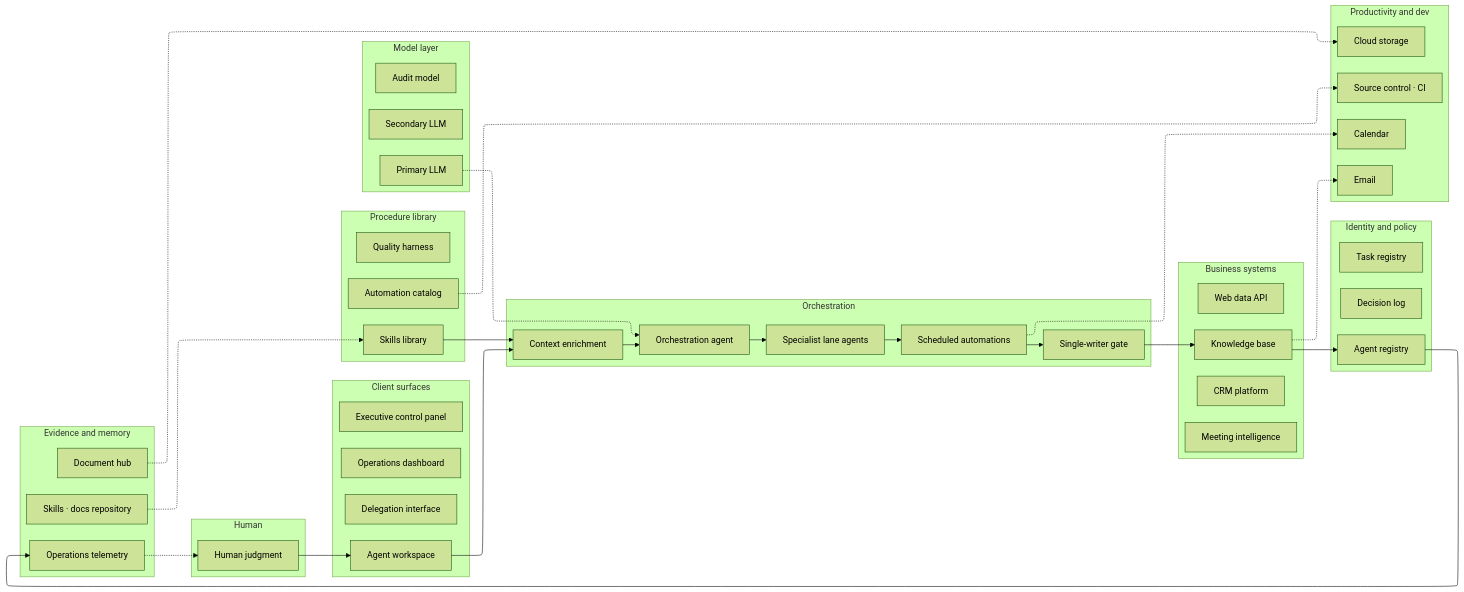
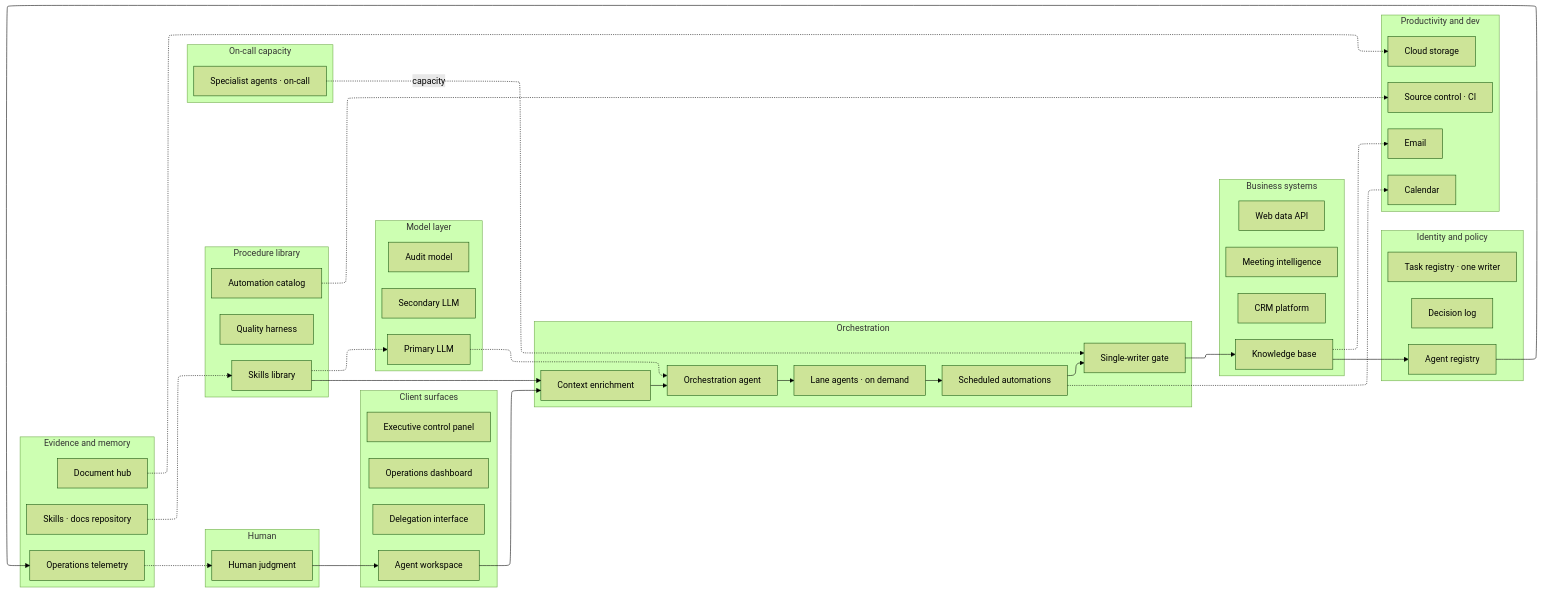
One commit to clintonpracher/operator-portfolio changed the diagram in docs/assets/diagrams/architecture-agent-control-plane-swimlanes.mmd. Above: the diagram before and after it, drawn with Mermaid (forest theme). The commit also changed 22 other files, not shown here.

```diff
--- a/docs/assets/diagrams/architecture-agent-control-plane-swimlanes.mmd
+++ b/docs/assets/diagrams/architecture-agent-control-plane-swimlanes.mmd
@@ -1,79 +1,86 @@
 %%{init: {"flowchart": {"defaultRenderer": "elk"}} }%%
 flowchart LR
   subgraph L1["Human"]
     H["Human judgment"]
   end
 
   subgraph L2["Client surfaces"]
     direction TB
     WS["Agent workspace"]
     DB["Operations dashboard"]
     EP["Executive control panel"]
     DI["Delegation interface"]
   end
 
   subgraph L3["Orchestration"]
     direction TB
     CTX["Context enrichment"]
     ORCH["Orchestration agent"]
-    LANES["Specialist lane agents"]
+    LANES["Lane agents · on demand"]
     SCHED["Scheduled automations"]
     SWG["Single-writer gate"]
   end
 
   subgraph L4["Business systems"]
     direction TB
     KB["Knowledge base"]
     CRM["CRM platform"]
     WEB["Web data API"]
     MTG["Meeting intelligence"]
   end
 
   subgraph L5["Identity and policy"]
     direction TB
     DEC["Decision log"]
     REG["Agent registry"]
-    TASK["Task registry"]
+    TASK["Task registry · one writer"]
   end
 
   subgraph L6["Evidence and memory"]
     direction TB
     DOCS["Document hub"]
     REPO["Skills · docs repository"]
     TEL["Operations telemetry"]
   end
 
   subgraph L7["Productivity and dev"]
     direction TB
     EM["Email"]
     CAL["Calendar"]
     DRV["Cloud storage"]
     GH["Source control · CI"]
   end
 
   H --> WS --> CTX --> ORCH --> LANES --> SCHED --> SWG
   SWG --> KB --> REG --> TEL
   KB -.-> EM
   SCHED -.-> CAL
   DOCS -.-> DRV
   AUTO -.-> GH
   TEL -.-> H
   REPO -.-> SKILLS
 
   subgraph PROC["Procedure library"]
     direction LR
     SKILLS["Skills library"]
     QA["Quality harness"]
     AUTO["Automation catalog"]
   end
 
   SKILLS --> CTX
 
+  subgraph CAP["On-call capacity"]
+    SPEC["Specialist agents · on-call"]
+  end
+
+  SPEC -.->|"capacity"| SWG
+
   subgraph LLM["Model layer"]
     direction LR
     P["Primary LLM"]
     S["Secondary LLM"]
     A["Audit model"]
   end
 
   P -.-> ORCH
+  SKILLS -.-> P
```
